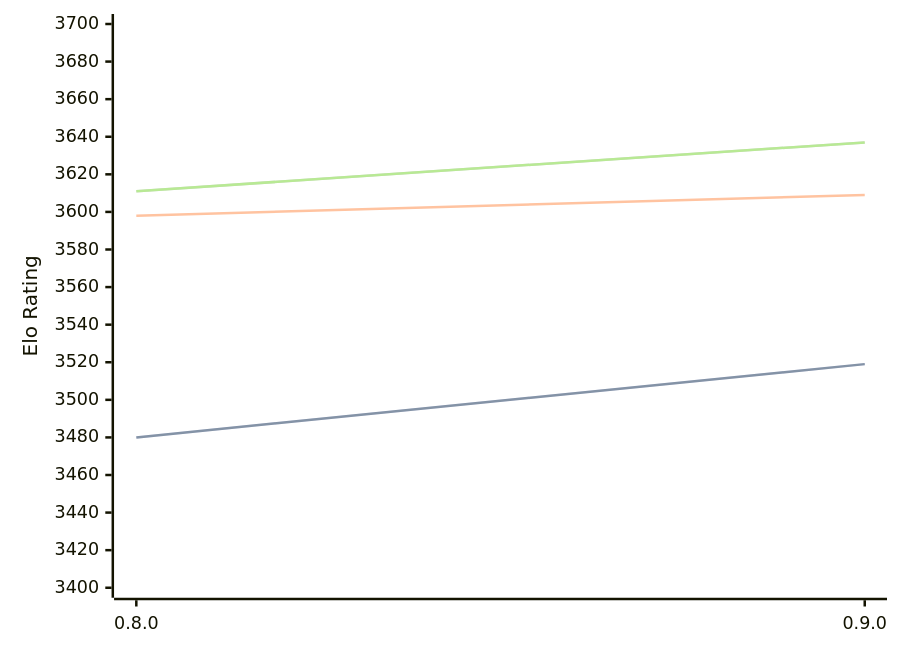
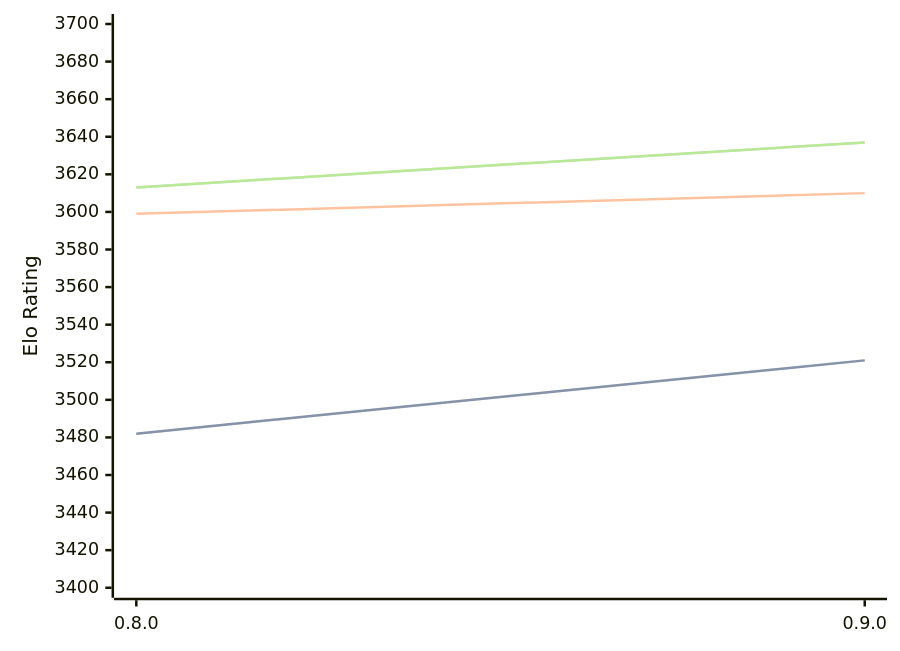
The diagram in engines/Reckless.md (computer-chess-index/cci), drawn with Mermaid before and after one commit. The commit also changed other lines of this file, not shown here.

Commit message:
Update CCI Ratings (ELO VLTC) - 2026-05-01

````diff
--- a/engines/Reckless.md
+++ b/engines/Reckless.md
@@ -39,11 +39,11 @@
 ```mermaid
 %%{init: {"theme":"base","themeVariables":{"seriesColors:['#a3a3a3','#222221','#faa371']}}}%%
 xychart-beta
   x-axis ["0.8.0", "0.9.0"]
   y-axis "Elo Rating" 3400 --> 3700
-  line "STC (8.0+0.08s)" [3480, 3519]
-  line "STC (8.0+0.08s)" [3480, 3519]
-  line "LTC (60.0+0.60s)" [3598, 3609]
-  line "VLTC (2m24s+1.12s)" [3611, 3637]
-  line "VLTC (2m24s+1.12s)" [3611, 3637]
+  line "STC (8.0+0.08s)" [3482, 3521]
+  line "STC (8.0+0.08s)" [3482, 3521]
+  line "LTC (60.0+0.60s)" [3599, 3610]
+  line "VLTC (2m24s+1.12s)" [3613, 3637]
+  line "VLTC (2m24s+1.12s)" [3613, 3637]
 ```
````
